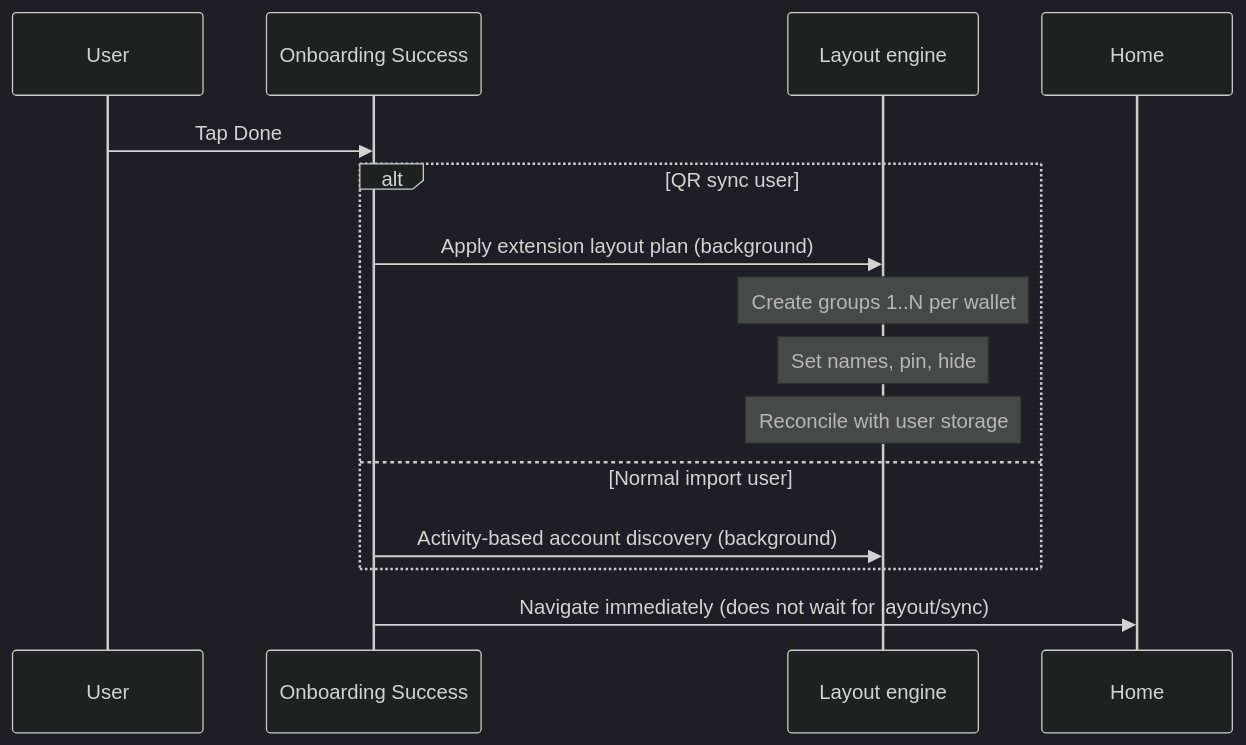
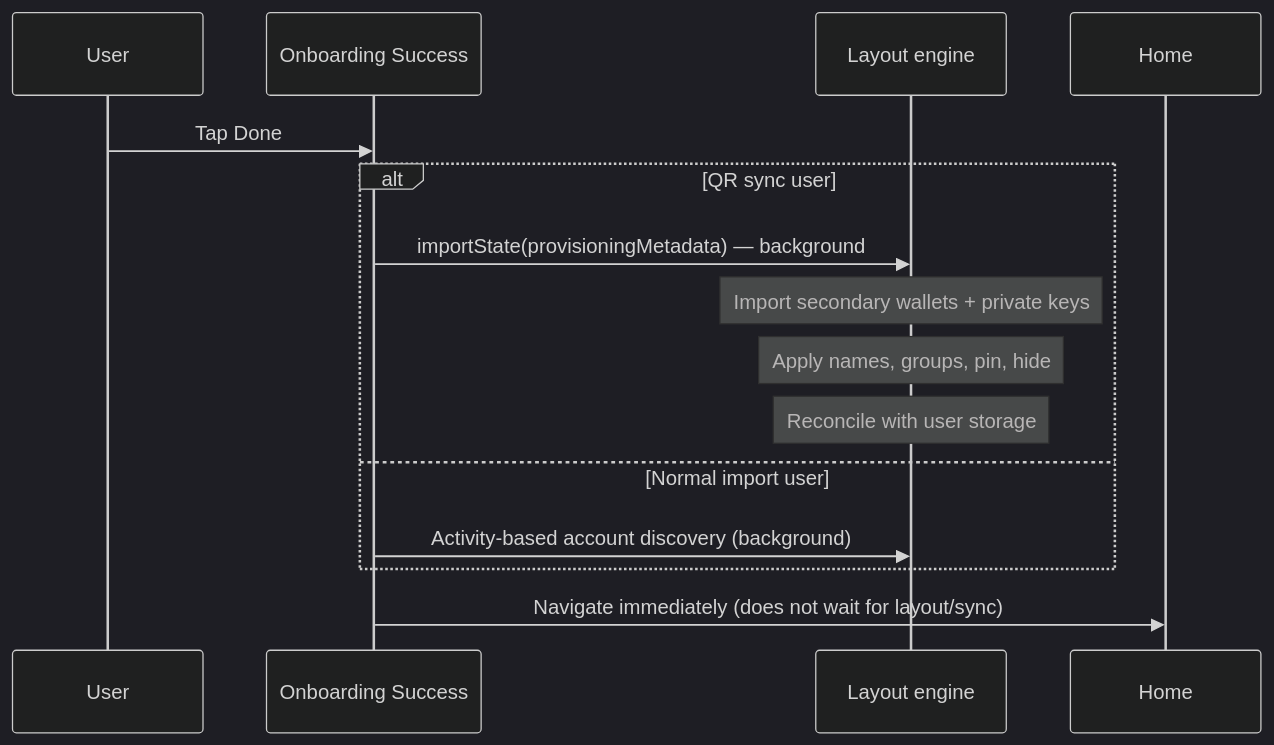
The fourth of 4 diagrams in docs/qr-sync/README.md (MetaMask/metamask-mobile), drawn with Mermaid (dark theme) before and after one commit. The commit also changed other lines of this file and 32 other files, not shown here.

First line of the commit message:
refactor: use `AccountTreeController:importState` in QR sync flow (#34760)

````diff
--- a/docs/qr-sync/README.md
+++ b/docs/qr-sync/README.md
@@ -132,18 +128,18 @@
 ```mermaid
 sequenceDiagram
     participant User
     participant Success as Onboarding Success
     participant Layout as Layout engine
     participant Home
 
     User->>Success: Tap Done
     alt QR sync user
-        Success->>Layout: Apply extension layout plan (background)
-        Note over Layout: Create groups 1..N per wallet
-        Note over Layout: Set names, pin, hide
+        Success->>Layout: importState(provisioningMetadata) — background
+        Note over Layout: Import secondary wallets + private keys
+        Note over Layout: Apply names, groups, pin, hide
         Note over Layout: Reconcile with user storage
     else Normal import user
         Success->>Layout: Activity-based account discovery (background)
     end
     Success->>Home: Navigate immediately (does not wait for layout/sync)
 ```
````
